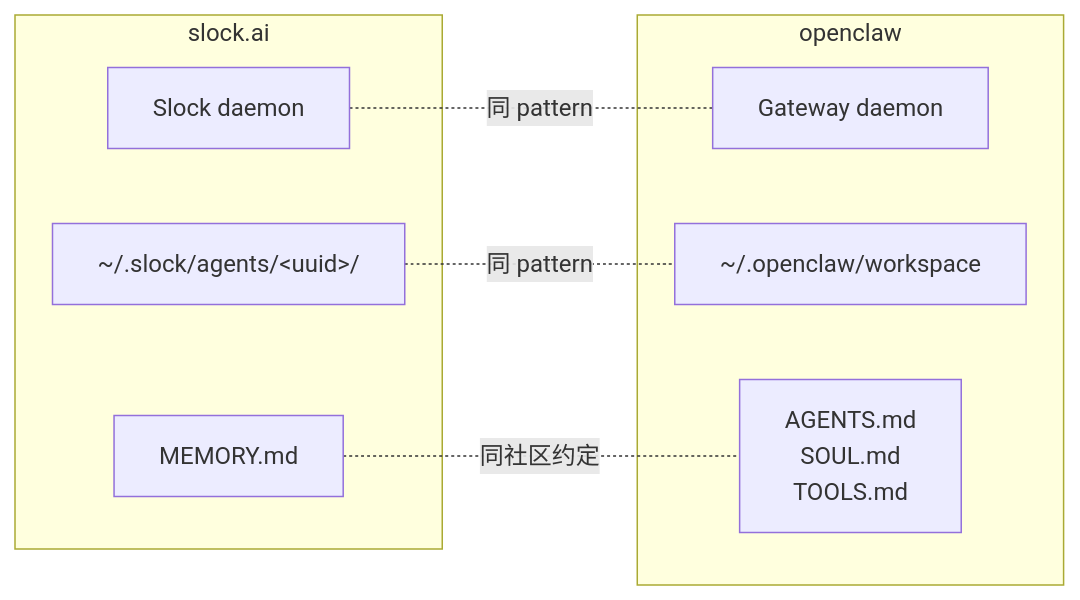
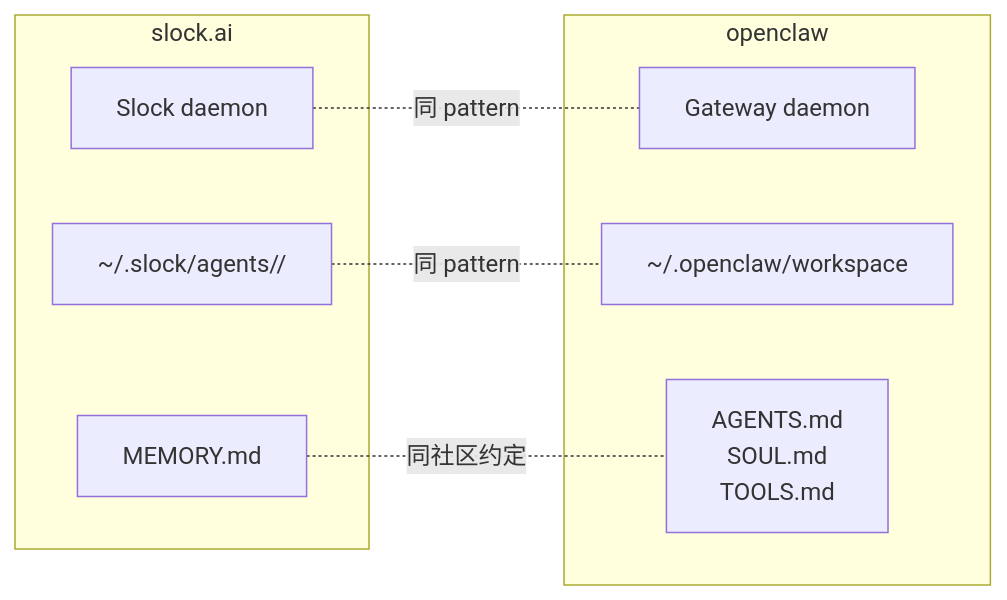
Before and after one commit to TCoherence/TCoherence.github.io: the second of 5 diagrams in source/_posts/slock-ai-chat-as-substrate.md, drawn with Mermaid. The commit also changed other lines of this file and 1 other file, not shown here.

First line of the commit message:
docs: 更新slock-ai-chat-as-substrate文章内容与图片

````diff
--- a/source/_posts/slock-ai-chat-as-substrate.md
+++ b/source/_posts/slock-ai-chat-as-substrate.md
@@ -154,16 +144,16 @@
 ```mermaid
-graph LR
+ graph LR
  subgraph slock["slock.ai"]
  S1[Slock daemon]
- S2["~/.slock/agents/&lt;uuid&gt;/"]
+ S2["~/.slock/agents/<uuid>/"]
  S3["MEMORY.md"]
  end
  subgraph openclaw["openclaw"]
  O1[Gateway daemon]
  O2["~/.openclaw/workspace"]
  O3["AGENTS.md<br/>SOUL.md<br/>TOOLS.md"]
  end
  S1 -.同 pattern.- O1
  S2 -.同 pattern.- O2
  S3 -.同社区约定.- O3
 ```
````
